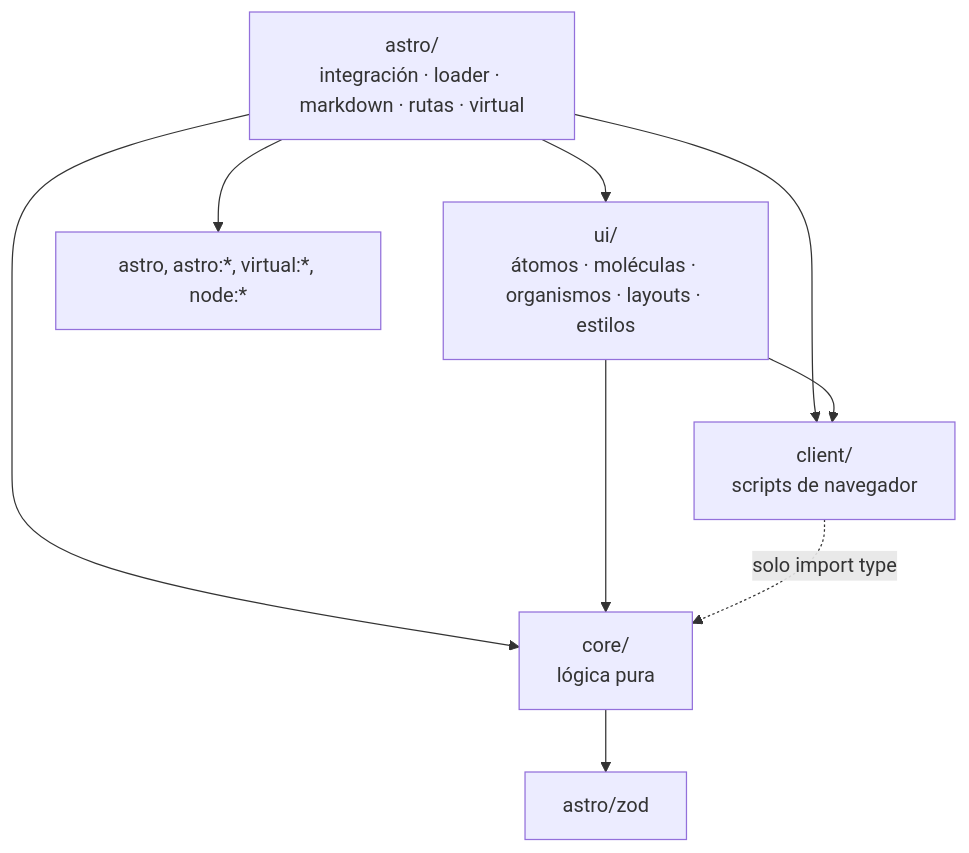
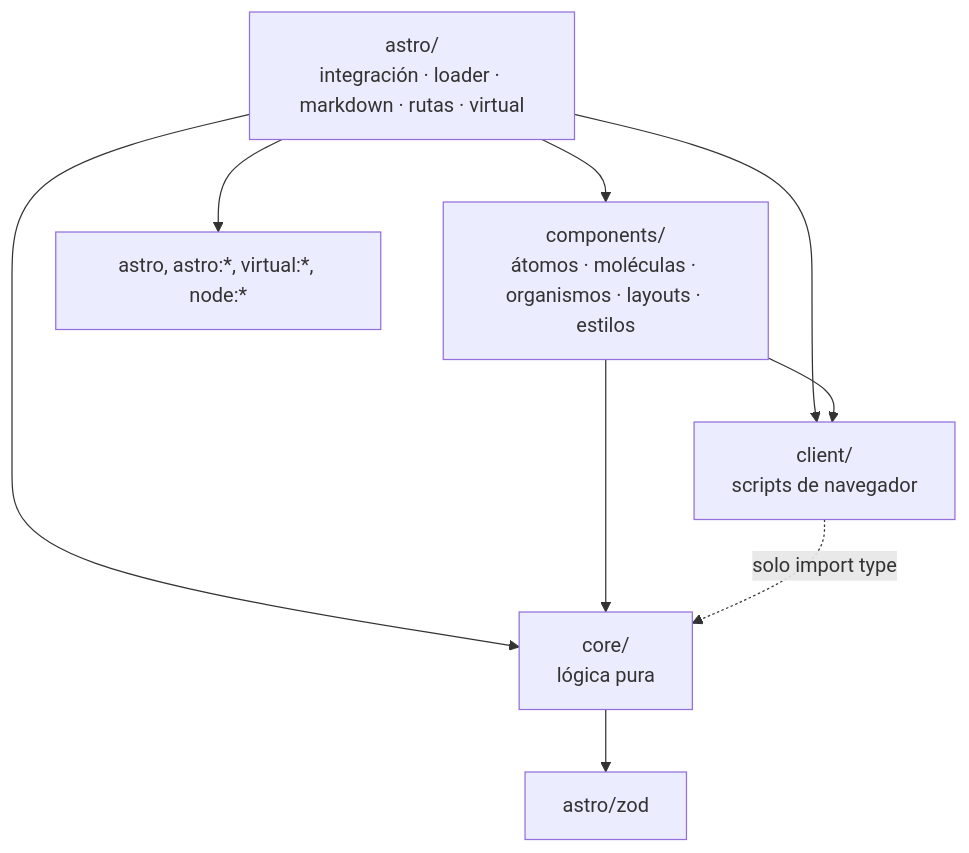
The diagram in docs/src/content/docs/arquitectura/index.md (velezanthony/design), drawn with Mermaid before and after one commit. The commit also changed other lines of this file and 201 other files, not shown here.

````diff
--- a/docs/src/content/docs/arquitectura/index.md
+++ b/docs/src/content/docs/arquitectura/index.md
@@ -23,18 +23,18 @@
 ```mermaid
 flowchart TD
   astro["astro/<br/>integración · loader · markdown · rutas · virtual"]
-  ui["ui/<br/>átomos · moléculas · organismos · layouts · estilos"]
+  components["components/<br/>átomos · moléculas · organismos · layouts · estilos"]
   client["client/<br/>scripts de navegador"]
   core["core/<br/>lógica pura"]
   ext["astro, astro:*, virtual:*, node:*"]
   zod["astro/zod"]
 
-  astro --> ui
+  astro --> components
   astro --> client
   astro --> core
   astro --> ext
-  ui --> client
-  ui --> core
+  components --> client
+  components --> core
   client -. "solo import type" .-> core
   core --> zod
 ```
````
